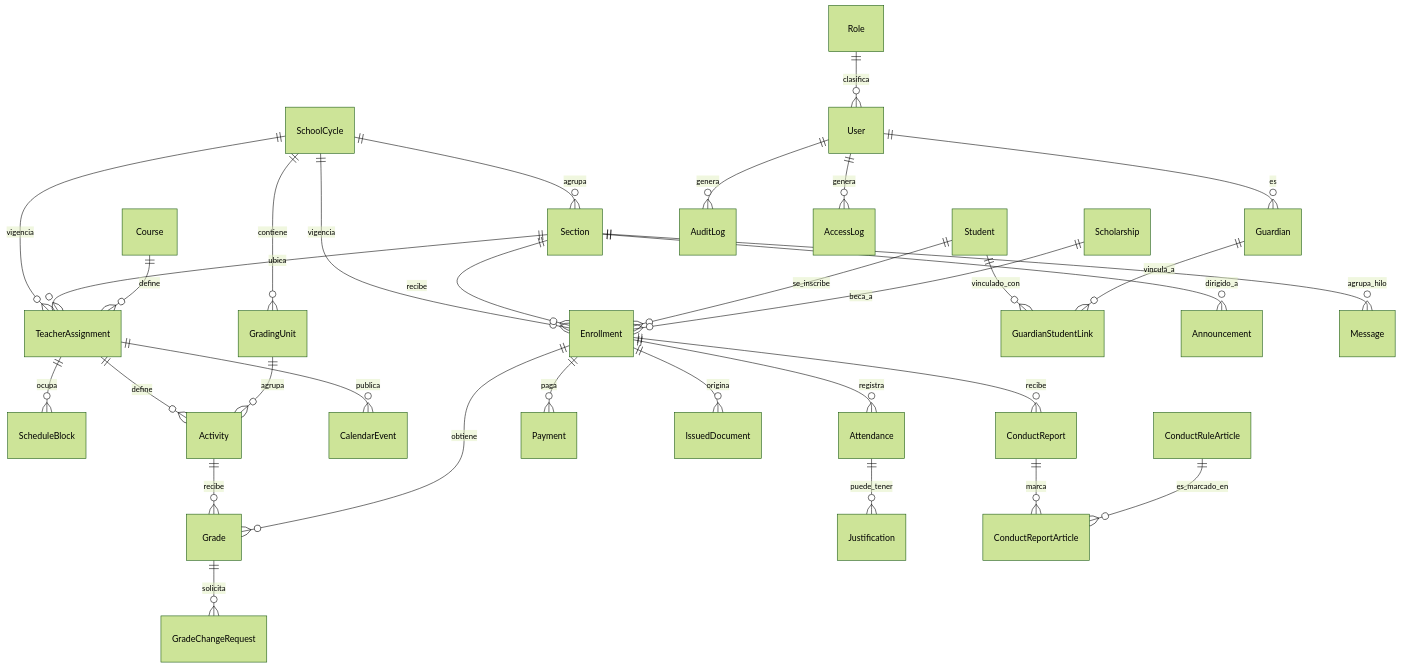
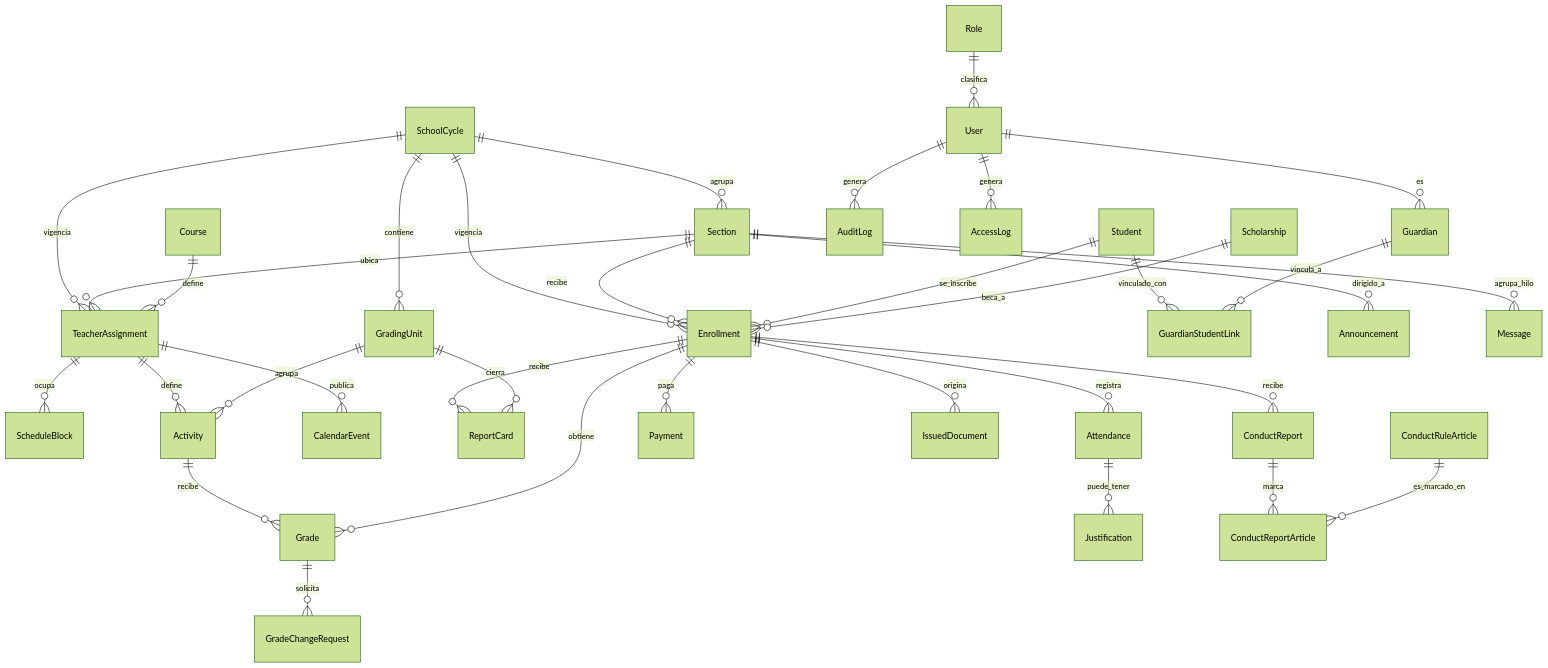
One commit to kostritzer24/Ando changed the diagram in docs/modelo-datos.md. Above: the diagram before and after it, drawn with Mermaid (forest theme). The commit also changed other lines of this file and 50 other files, not shown here.

````diff
--- a/docs/modelo-datos.md
+++ b/docs/modelo-datos.md
@@ -334,37 +349,39 @@
 ```mermaid
 erDiagram
     SchoolCycle ||--o{ GradingUnit : contiene
     SchoolCycle ||--o{ Section : agrupa
     SchoolCycle ||--o{ TeacherAssignment : vigencia
     SchoolCycle ||--o{ Enrollment : vigencia
     Section ||--o{ Enrollment : recibe
     Section ||--o{ TeacherAssignment : ubica
     Course ||--o{ TeacherAssignment : define
     TeacherAssignment ||--o{ ScheduleBlock : ocupa
     TeacherAssignment ||--o{ Activity : define
     TeacherAssignment ||--o{ CalendarEvent : publica
     GradingUnit ||--o{ Activity : agrupa
     Activity ||--o{ Grade : recibe
     Grade ||--o{ GradeChangeRequest : solicita
     Enrollment ||--o{ Grade : obtiene
+    Enrollment ||--o{ ReportCard : recibe
+    GradingUnit ||--o{ ReportCard : cierra
 
     Student ||--o{ Enrollment : se_inscribe
     Student ||--o{ GuardianStudentLink : vinculado_con
     Guardian ||--o{ GuardianStudentLink : vincula_a
     Enrollment ||--o{ Attendance : registra
     Attendance ||--o{ Justification : puede_tener
     Enrollment ||--o{ Payment : paga
     Scholarship ||--o{ Enrollment : beca_a
     Enrollment ||--o{ IssuedDocument : origina
 
     Section ||--o{ Announcement : dirigido_a
     Enrollment ||--o{ ConductReport : recibe
     ConductReport ||--o{ ConductReportArticle : marca
     ConductRuleArticle ||--o{ ConductReportArticle : es_marcado_en
     Section ||--o{ Message : agrupa_hilo
 
     Role ||--o{ User : clasifica
     User ||--o{ Guardian : es
     User ||--o{ AuditLog : genera
     User ||--o{ AccessLog : genera
 ```
````
